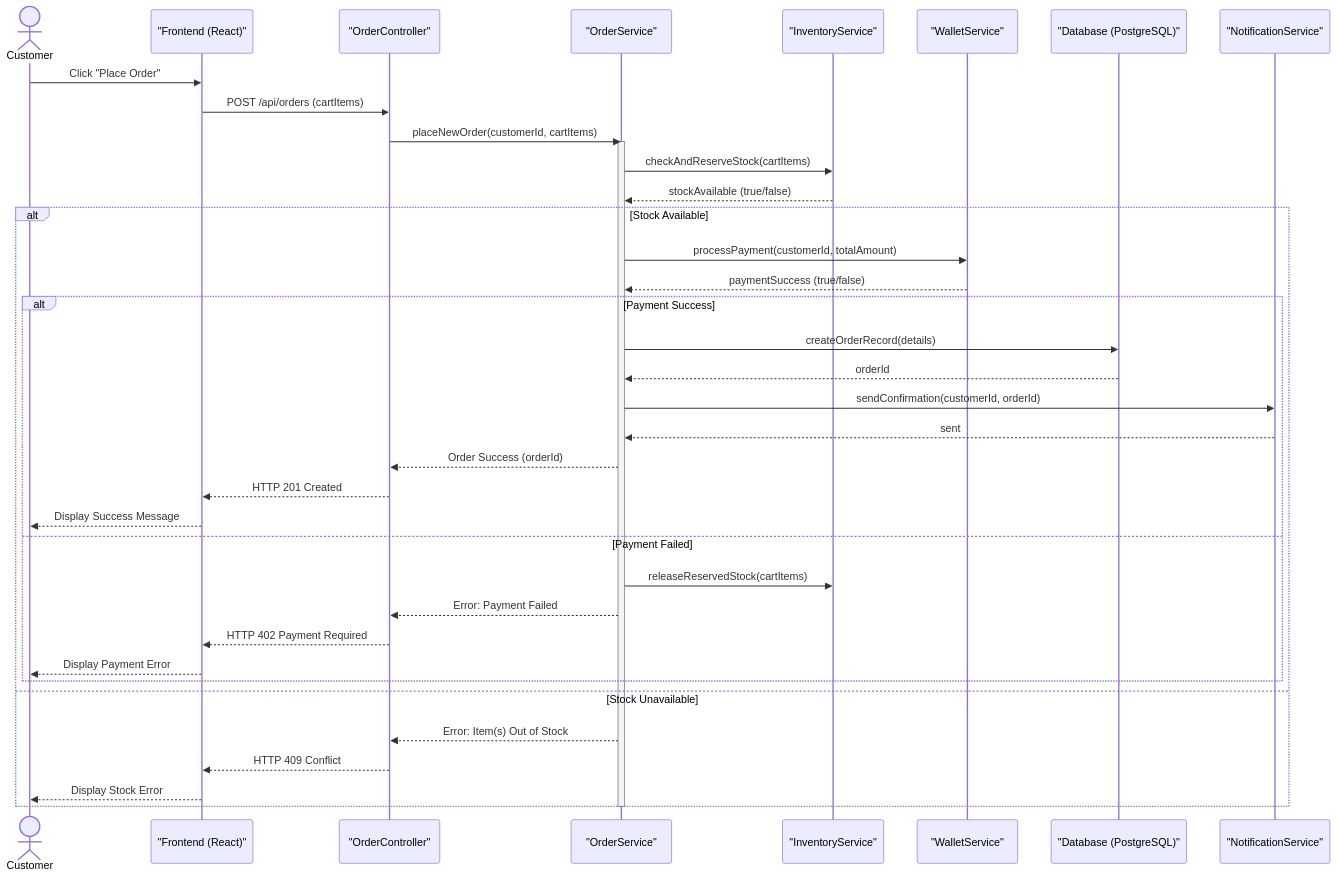
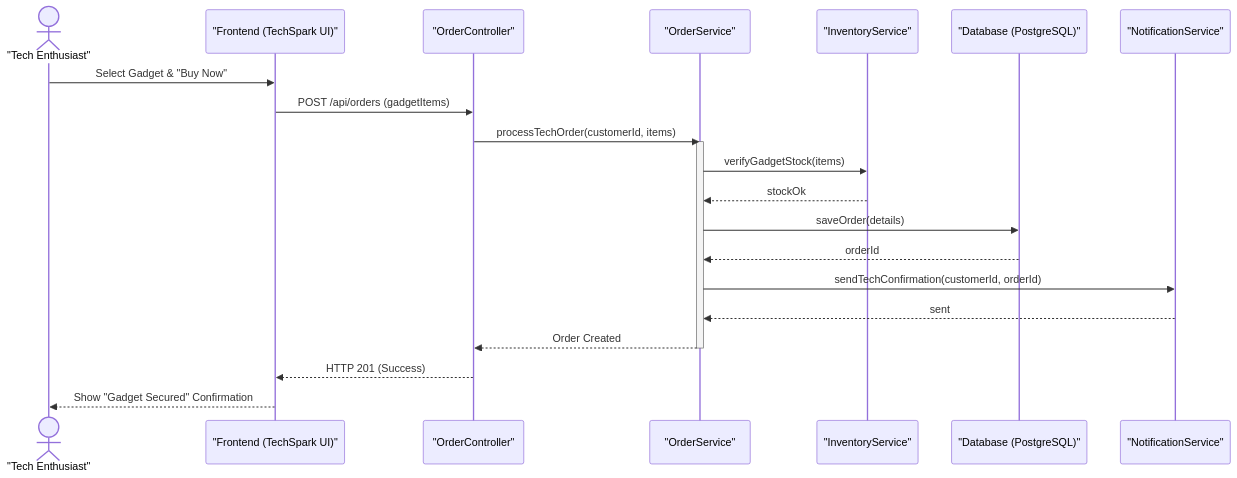
The diagram in sequenceDiagram.md (Subham-KRLX/SESD-PROJECT-), drawn with Mermaid before and after one commit. The commit also changed other lines of this file and 4 other files, not shown here.

Commit message:
docs: Rebrand to TechSpark - Exclusive Tech Gadget Marketplace

````diff
--- a/sequenceDiagram.md
+++ b/sequenceDiagram.md
@@ -8,44 +8,30 @@
 ```mermaid
 sequenceDiagram
-    actor Customer
-    participant FE as "Frontend (React)"
+    actor Customer as "Tech Enthusiast"
+    participant FE as "Frontend (TechSpark UI)"
     participant OC as "OrderController"
     participant OS as "OrderService"
     participant IS as "InventoryService"
-    participant WS as "WalletService"
     participant DB as "Database (PostgreSQL)"
     participant NS as "NotificationService"
 
-    Customer->>FE: Click "Place Order"
-    FE->>OC: POST /api/orders (cartItems)
-    OC->>OS: placeNewOrder(customerId, cartItems)
+    Customer->>FE: Select Gadget & "Buy Now"
+    FE->>OC: POST /api/orders (gadgetItems)
+    OC->>OS: processTechOrder(customerId, items)
     
     activate OS
-    OS->>IS: checkAndReserveStock(cartItems)
-    IS-->>OS: stockAvailable (true/false)
+    OS->>IS: verifyGadgetStock(items)
+    IS-->>OS: stockOk
     
-    alt Stock Available
-        OS->>WS: processPayment(customerId, totalAmount)
-        WS-->>OS: paymentSuccess (true/false)
-        
-        alt Payment Success
-            OS->>DB: createOrderRecord(details)
-            DB-->>OS: orderId
-            OS->>NS: sendConfirmation(customerId, orderId)
-            NS-->>OS: sent
-            OS-->>OC: Order Success (orderId)
-            OC-->>FE: HTTP 201 Created
-            FE-->>Customer: Display Success Message
-        else Payment Failed
-            OS->>IS: releaseReservedStock(cartItems)
-            OS-->>OC: Error: Payment Failed
-            OC-->>FE: HTTP 402 Payment Required
-            FE-->>Customer: Display Payment Error
-        end
-    else Stock Unavailable
-        OS-->>OC: Error: Item(s) Out of Stock
-        OC-->>FE: HTTP 409 Conflict
-        FE-->>Customer: Display Stock Error
-    end
+    OS->>DB: saveOrder(details)
+    DB-->>OS: orderId
+    
+    OS->>NS: sendTechConfirmation(customerId, orderId)
+    NS-->>OS: sent
+    
+    OS-->>OC: Order Created
     deactivate OS
+    
+    OC-->>FE: HTTP 201 (Success)
+    FE-->>Customer: Show "Gadget Secured" Confirmation
 ```
````
